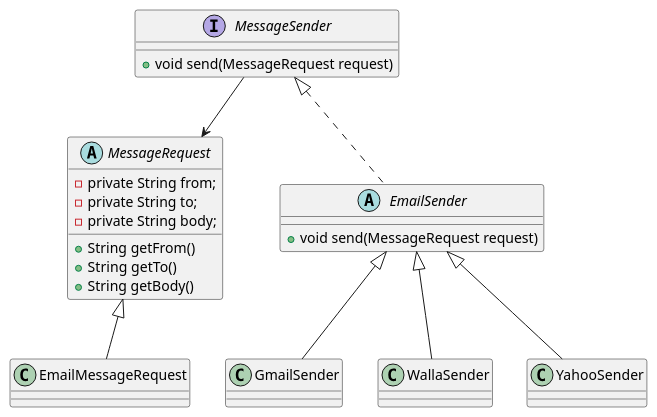
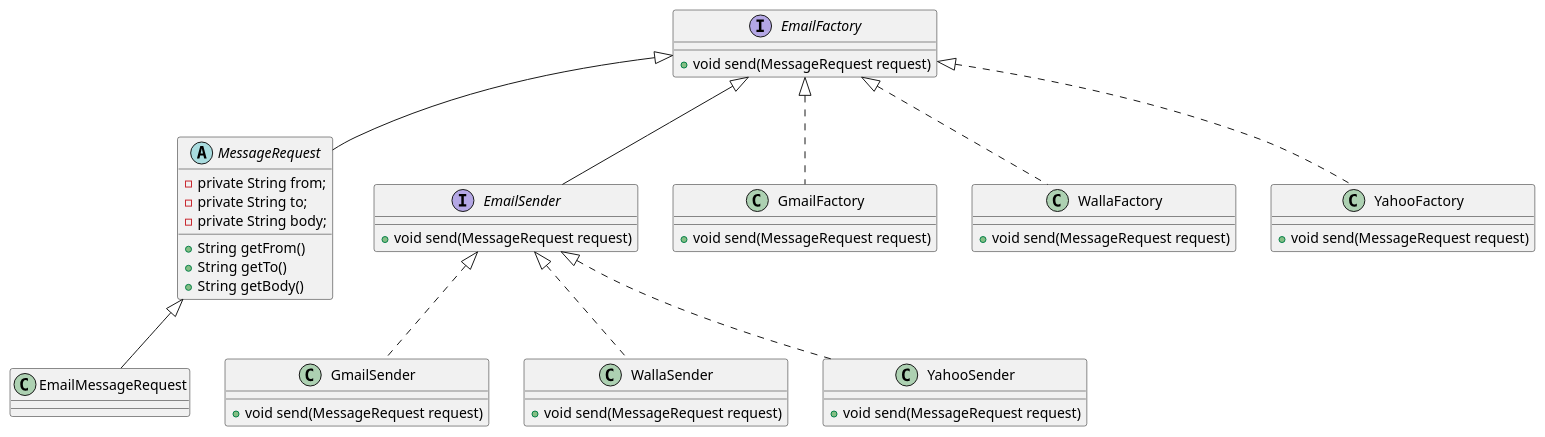
One commit to liliyab8/bridgeEmailServer changed the diagram in bridge-email-server/src/main/resources/BridgeEmailServerClassDiagram.puml. Above: the diagram before and after it, drawn with PlantUML. The commit also changed 25 other files, not shown here.

```diff
--- a/bridge-email-server/src/main/resources/BridgeEmailServerClassDiagram.puml
+++ b/bridge-email-server/src/main/resources/BridgeEmailServerClassDiagram.puml
@@ -1,38 +1,64 @@
 @startuml
 'https://plantuml.com/class-diagram
 
 abstract class MessageRequest{
     -private String from;
     -private String to;
     -private String body;
 
     +String getFrom()
     +String getTo()
     +String getBody()
 }
 class EmailMessageRequest{
 }
 
-interface MessageSender{
+interface EmailSender{
     +void send(MessageRequest request)
 }
 
-abstract class EmailSender{
+interface EmailFactory{
+    +void send(MessageRequest request)
+}
+class GmailFactory{
+    +void send(MessageRequest request)
+}
+class WallaFactory{
+    +void send(MessageRequest request)
+}
+class YahooFactory{
+    +void send(MessageRequest request)
+}
+
+class GmailSender{
+    +void send(MessageRequest request)
+}
+class WallaSender{
+    +void send(MessageRequest request)
+}
+class YahooSender{
     +void send(MessageRequest request)
 }
 
 MessageRequest <|-- EmailMessageRequest
 
-MessageSender <|.. EmailSender
+EmailFactory <|-- EmailSender
 
-EmailSender <|-- GmailSender
-EmailSender <|-- WallaSender
-EmailSender <|-- YahooSender
+EmailFactory <|.. GmailFactory
+EmailFactory <|.. WallaFactory
+EmailFactory <|.. YahooFactory
 
-MessageSender --> MessageRequest
+
+EmailSender <|.. GmailSender
+EmailSender <|.. WallaSender
+EmailSender <|.. YahooSender
+
+EmailFactory <|-- MessageRequest
+
+
 
 
 
 
 
 @enduml
```
